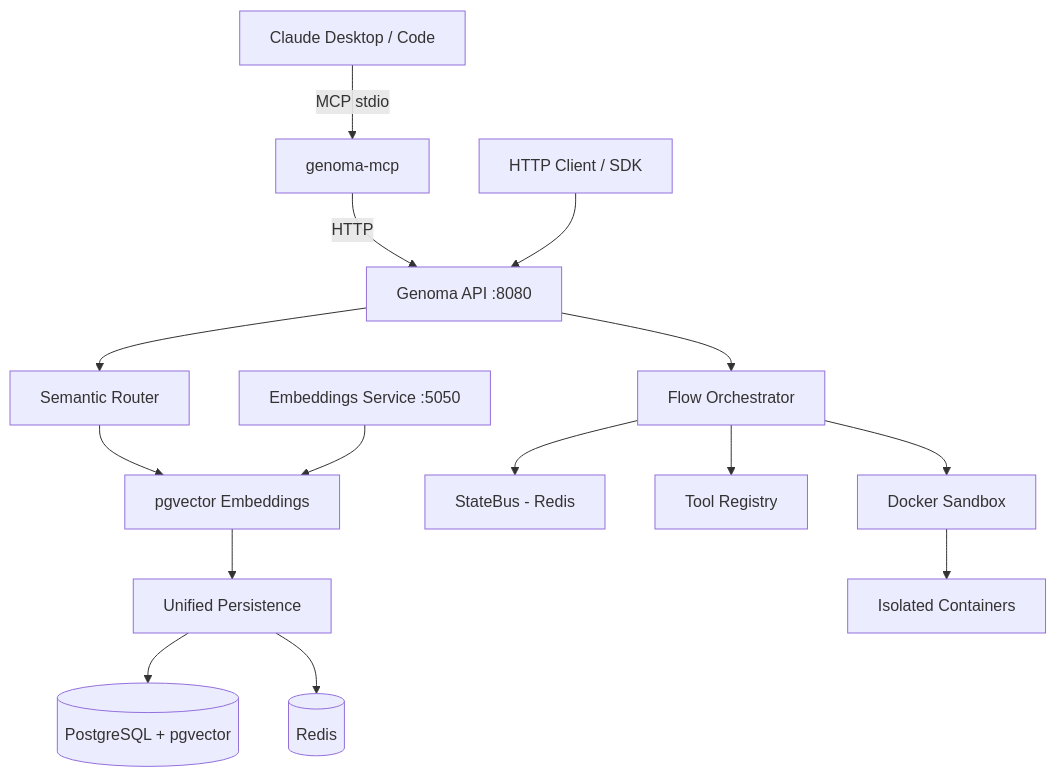
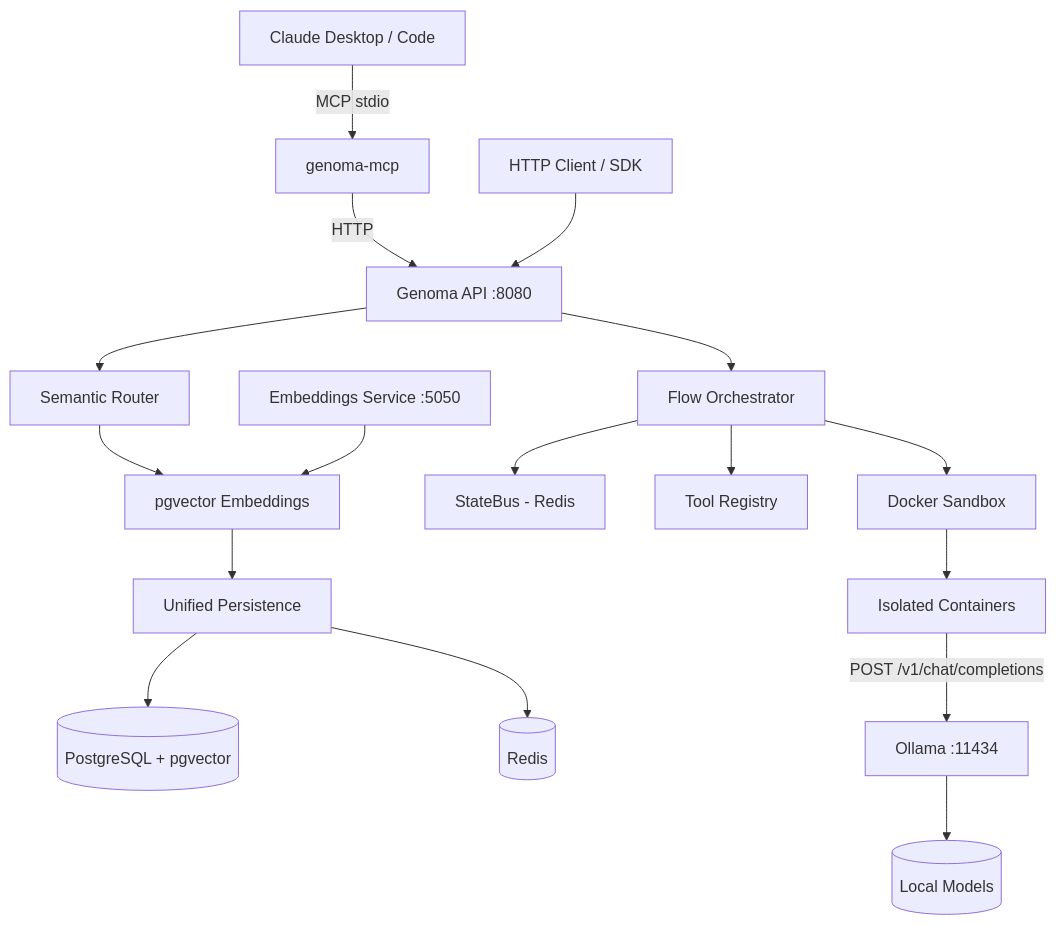
Before and after one commit to acassiovilasboas/genoma: the diagram in README.md, drawn with Mermaid. The commit also changed other lines of this file and 2 other files, not shown here.

First line of the commit message:
feat: add Ollama local LLM support with AI-to-AI pipeline documentation

````diff
--- a/README.md
+++ b/README.md
@@ -255,17 +392,19 @@
 ```mermaid
 graph TD
     Claude[Claude Desktop / Code] -->|MCP stdio| MCP[genoma-mcp]
     MCP -->|HTTP| API
     Client[HTTP Client / SDK] --> API[Genoma API :8080]
     API --> Core[Flow Orchestrator]
     API --> Chat[Semantic Router]
     Core --> Sandbox[Docker Sandbox]
     Core --> StateBus[StateBus - Redis]
     Core --> Tools[Tool Registry]
     Chat --> Router[pgvector Embeddings]
     Router --> Persist[Unified Persistence]
     Persist --> PG[(PostgreSQL + pgvector)]
     Persist --> Cache[(Redis)]
     Sandbox --> Containers[Isolated Containers]
+    Containers -->|POST /v1/chat/completions| Ollama[Ollama :11434]
+    Ollama --> Models[(Local Models)]
     Embeddings[Embeddings Service :5050] --> Router
 ```
````
